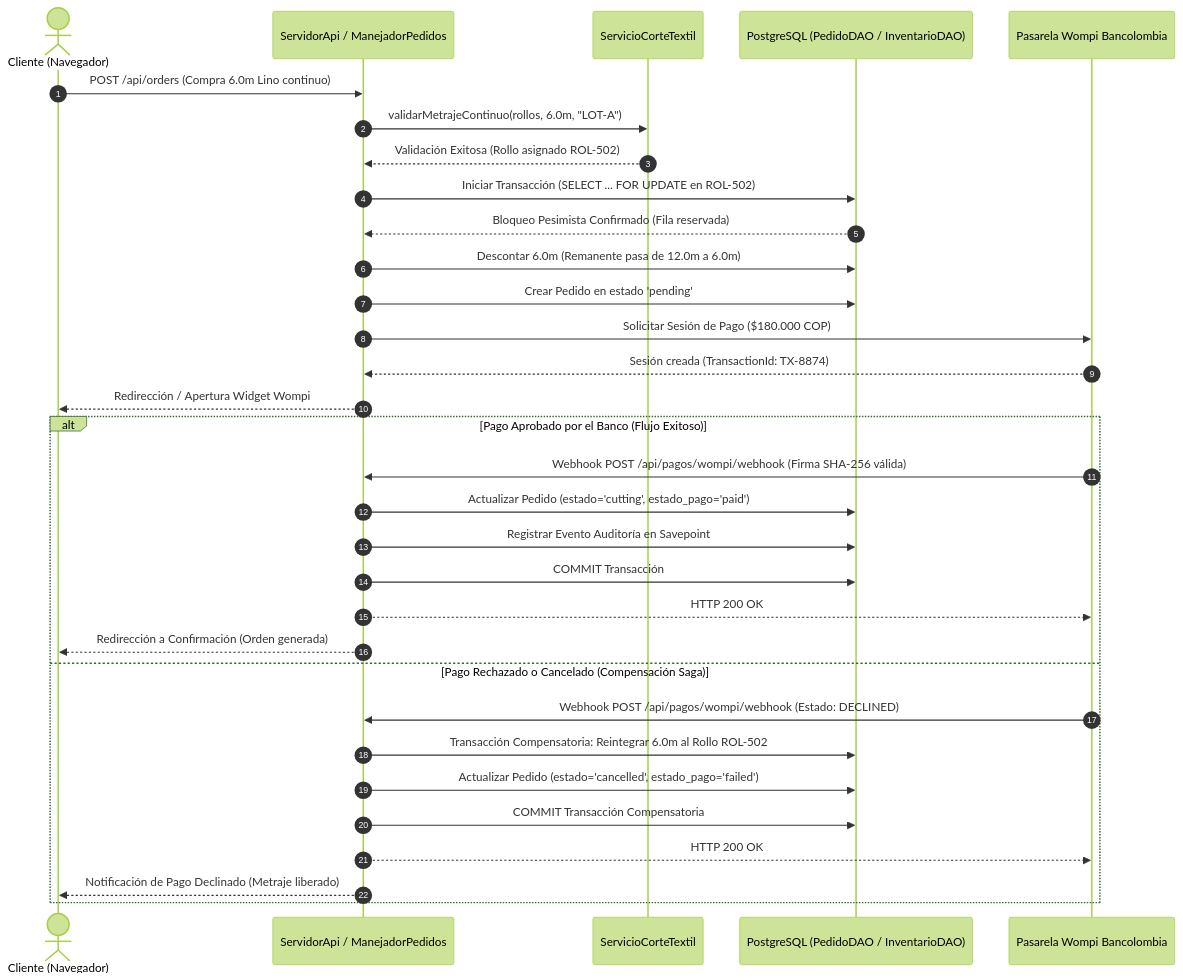
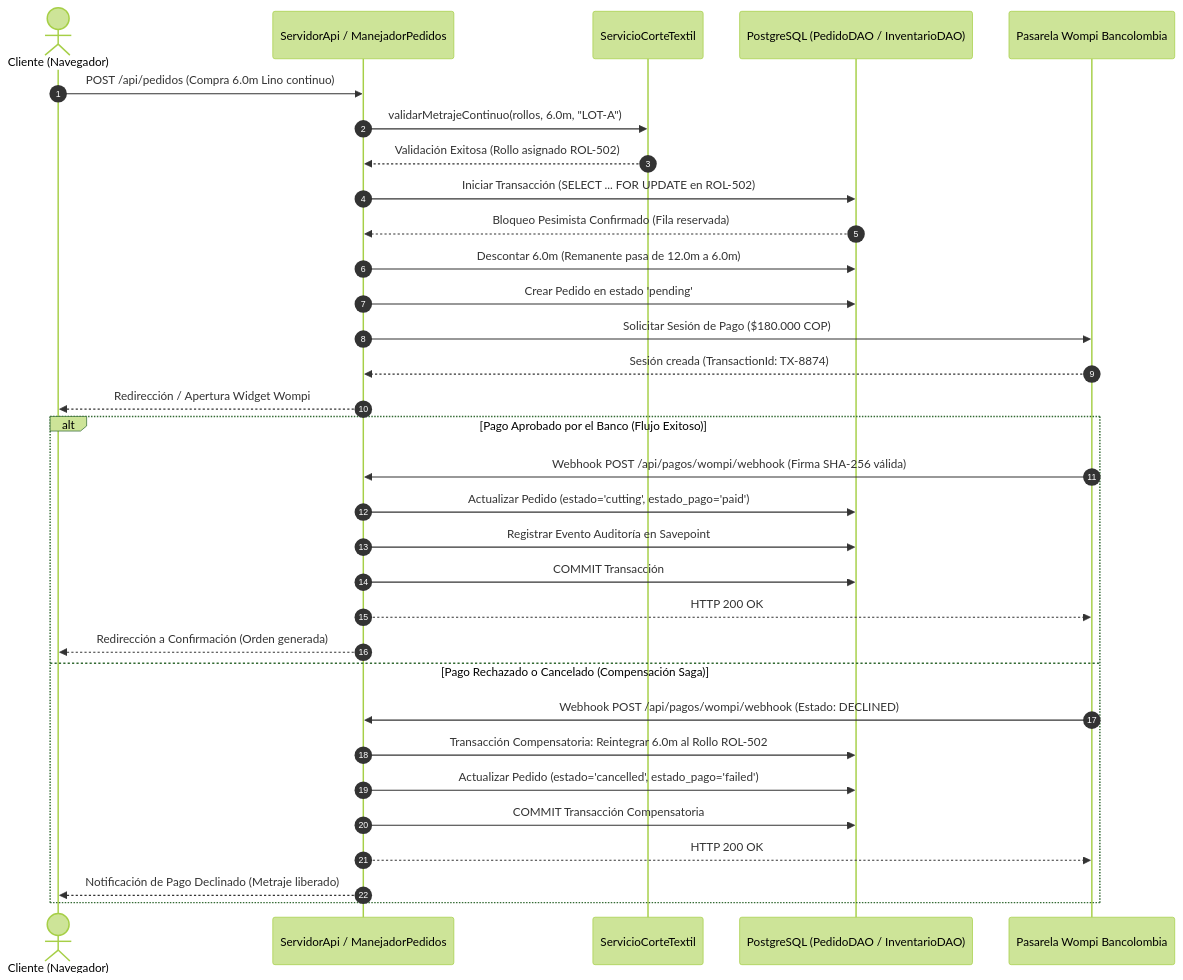
One commit to Jhonmoreno000/PROYECTO-SENA-TIENDA-TEXTIL- changed the seventh of 7 diagrams in documentacion/02-arquitectura-software-c4-y-backend.md. Above: the diagram before and after it, drawn with Mermaid (forest theme). The commit also changed other lines of this file and 55 other files, not shown here.

Commit message:
docs: rehacer documentacion, diagramas, contrato OpenAPI y matriz v3 segun el codigo de main (#39)

````diff
--- a/documentacion/02-arquitectura-software-c4-y-backend.md
+++ b/documentacion/02-arquitectura-software-c4-y-backend.md
@@ -513,38 +519,38 @@
 ```mermaid
 sequenceDiagram
     autonumber
     actor Cliente as Cliente (Navegador)
     participant Gateway as ServidorApi / ManejadorPedidos
     participant Motor as ServicioCorteTextil
     participant DB as PostgreSQL (PedidoDAO / InventarioDAO)
     participant Pasarela as Pasarela Wompi Bancolombia
 
-    Cliente->>Gateway: POST /api/orders (Compra 6.0m Lino continuo)
+    Cliente->>Gateway: POST /api/pedidos (Compra 6.0m Lino continuo)
     Gateway->>Motor: validarMetrajeContinuo(rollos, 6.0m, "LOT-A")
     Motor-->>Gateway: Validación Exitosa (Rollo asignado ROL-502)
     
     Gateway->>DB: Iniciar Transacción (SELECT ... FOR UPDATE en ROL-502)
     DB-->>Gateway: Bloqueo Pesimista Confirmado (Fila reservada)
     Gateway->>DB: Descontar 6.0m (Remanente pasa de 12.0m a 6.0m)
     Gateway->>DB: Crear Pedido en estado 'pending'
     
     Gateway->>Pasarela: Solicitar Sesión de Pago ($180.000 COP)
     Pasarela-->>Gateway: Sesión creada (TransactionId: TX-8874)
     Gateway-->>Cliente: Redirección / Apertura Widget Wompi
     
     alt Pago Aprobado por el Banco (Flujo Exitoso)
         Pasarela->>Gateway: Webhook POST /api/pagos/wompi/webhook (Firma SHA-256 válida)
         Gateway->>DB: Actualizar Pedido (estado='cutting', estado_pago='paid')
         Gateway->>DB: Registrar Evento Auditoría en Savepoint
         Gateway->>DB: COMMIT Transacción
         Gateway-->>Pasarela: HTTP 200 OK
         Gateway-->>Cliente: Redirección a Confirmación (Orden generada)
     else Pago Rechazado o Cancelado (Compensación Saga)
         Pasarela->>Gateway: Webhook POST /api/pagos/wompi/webhook (Estado: DECLINED)
         Gateway->>DB: Transacción Compensatoria: Reintegrar 6.0m al Rollo ROL-502
         Gateway->>DB: Actualizar Pedido (estado='cancelled', estado_pago='failed')
         Gateway->>DB: COMMIT Transacción Compensatoria
         Gateway-->>Pasarela: HTTP 200 OK
         Gateway-->>Cliente: Notificación de Pago Declinado (Metraje liberado)
     end
 ```
````
